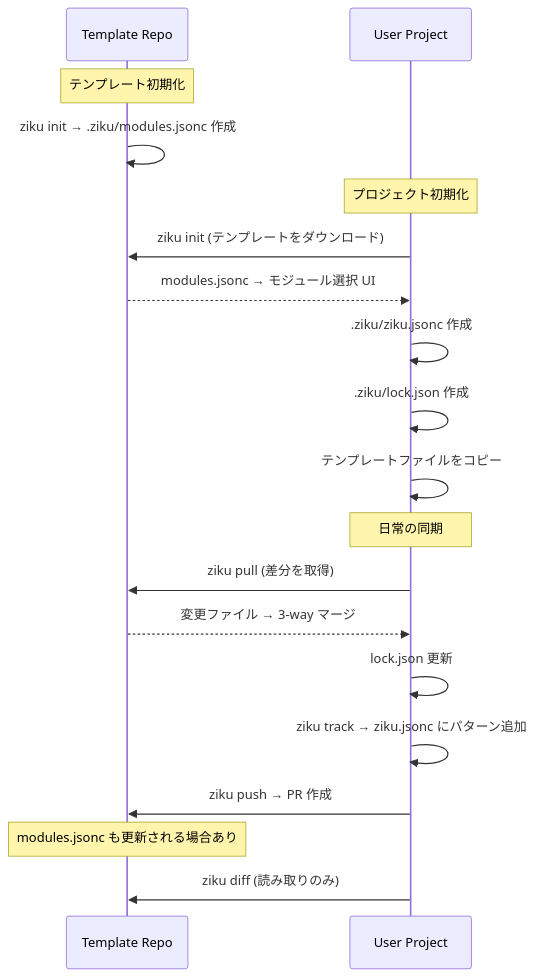
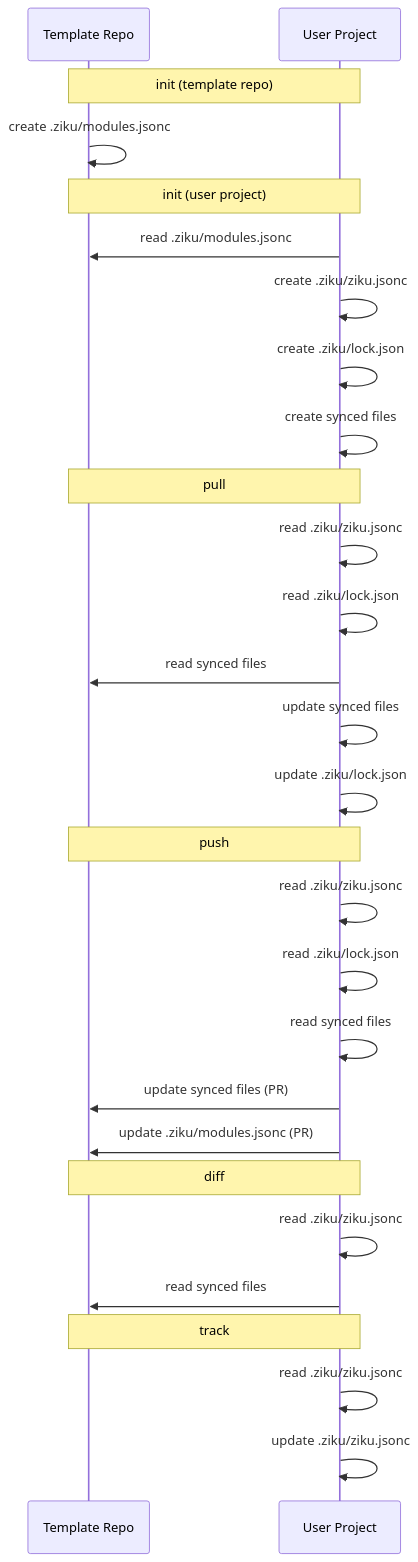
One commit to tktcorporation/ziku changed the diagram in docs/architecture/file-lifecycle.md. Above: the diagram before and after it, drawn with Mermaid. The commit also changed other lines of this file and 6 other files, not shown here.

````diff
--- a/docs/architecture/file-lifecycle.md
+++ b/docs/architecture/file-lifecycle.md
@@ -93,27 +19,37 @@
 ```mermaid
 sequenceDiagram
     participant T as Template Repo
     participant U as User Project
 
-    note over T: テンプレート初期化
-    T->>T: ziku init → .ziku/modules.jsonc 作成
+    note over T,U: init (template repo)
+    T->>T: create .ziku/modules.jsonc
 
-    note over U: プロジェクト初期化
-    U->>T: ziku init (テンプレートをダウンロード)
-    T-->>U: modules.jsonc → モジュール選択 UI
-    U->>U: .ziku/ziku.jsonc 作成
-    U->>U: .ziku/lock.json 作成
-    U->>U: テンプレートファイルをコピー
+    note over T,U: init (user project)
+    U->>T: read .ziku/modules.jsonc
+    U->>U: create .ziku/ziku.jsonc
+    U->>U: create .ziku/lock.json
+    U->>U: create synced files
 
-    note over U: 日常の同期
-    U->>T: ziku pull (差分を取得)
-    T-->>U: 変更ファイル → 3-way マージ
-    U->>U: lock.json 更新
+    note over T,U: pull
+    U->>U: read .ziku/ziku.jsonc
+    U->>U: read .ziku/lock.json
+    U->>T: read synced files
+    U->>U: update synced files
+    U->>U: update .ziku/lock.json
 
-    U->>U: ziku track → ziku.jsonc にパターン追加
+    note over T,U: push
+    U->>U: read .ziku/ziku.jsonc
+    U->>U: read .ziku/lock.json
+    U->>U: read synced files
+    U->>T: update synced files (PR)
+    U->>T: update .ziku/modules.jsonc (PR)
 
-    U->>T: ziku push → PR 作成
-    note over T: modules.jsonc も更新される場合あり
+    note over T,U: diff
+    U->>U: read .ziku/ziku.jsonc
+    U->>T: read synced files
 
-    U->>T: ziku diff (読み取りのみ)
+    note over T,U: track
+    U->>U: read .ziku/ziku.jsonc
+    U->>U: update .ziku/ziku.jsonc
+
 ```
````
